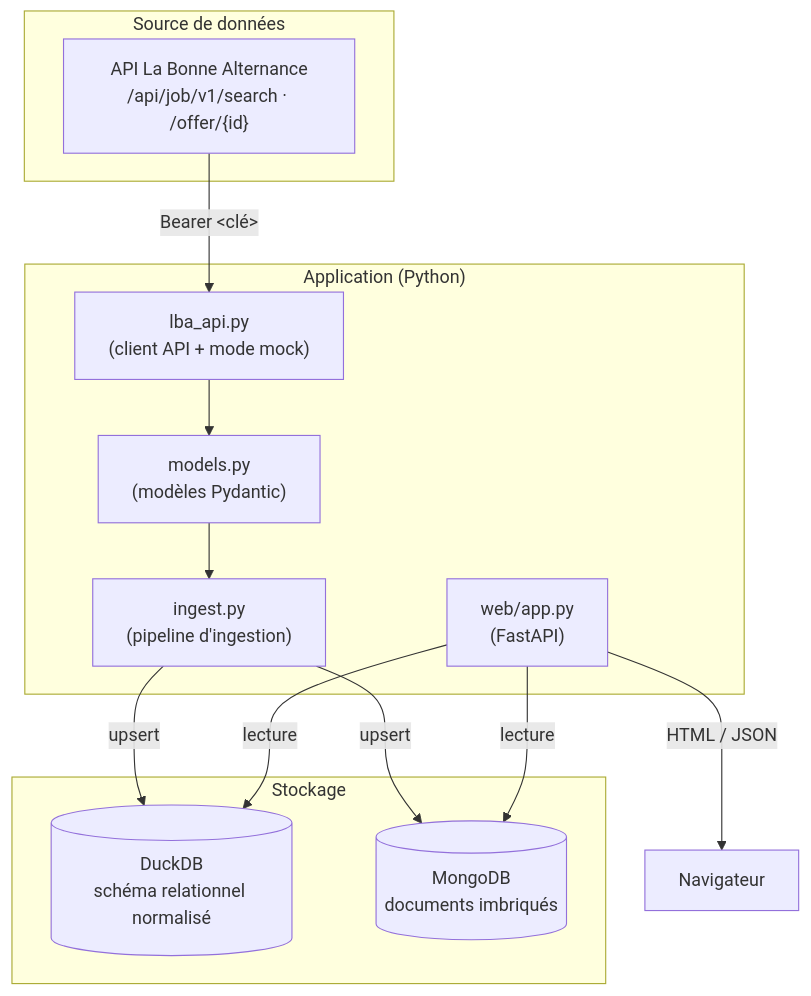
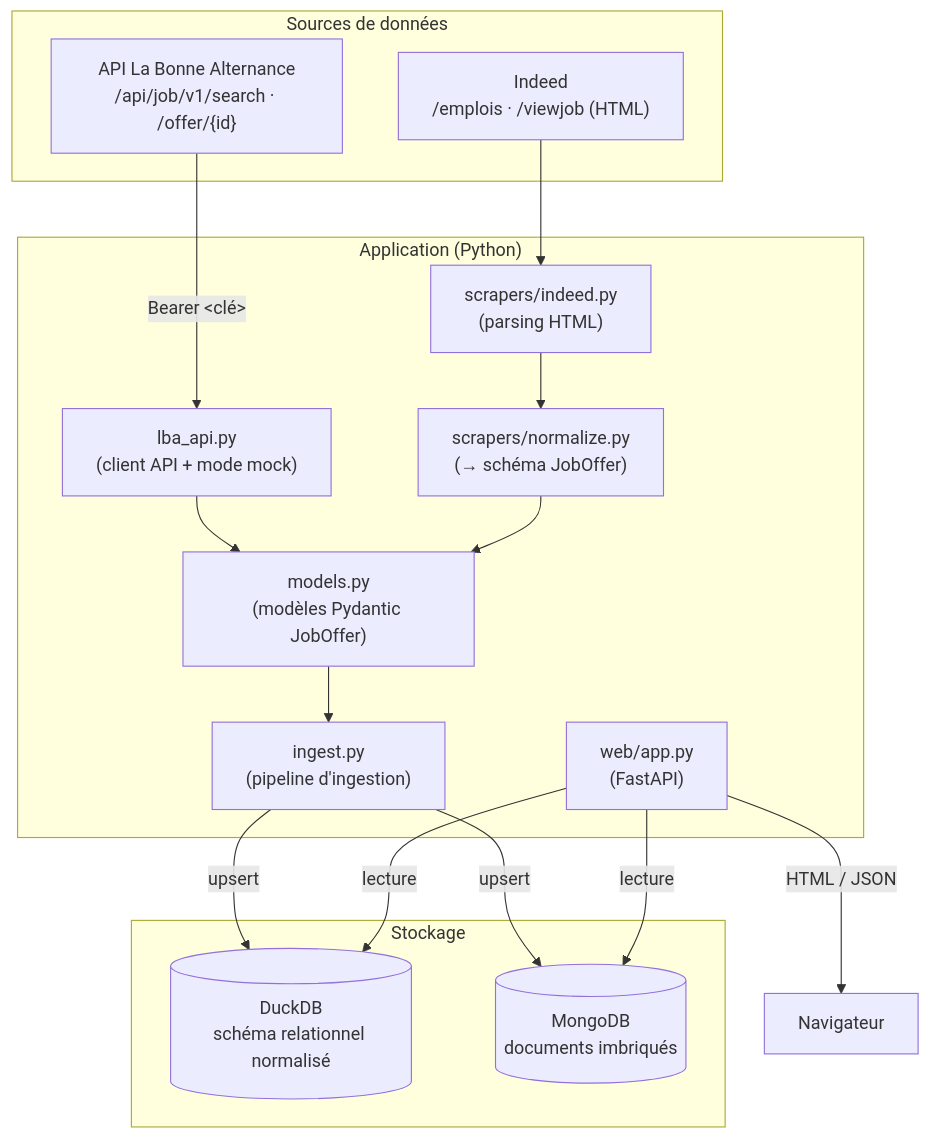
The diagram in docs/architecture/architecture.md (stefdev35/alternance), drawn with Mermaid before and after one commit. The commit also changed other lines of this file and 18 other files, not shown here.

First line of the commit message:
Scraping Indeed : source supplémentaire normalisée vers le schéma JobOffer

````diff
--- a/docs/architecture/architecture.md
+++ b/docs/architecture/architecture.md
@@ -18,27 +19,33 @@
 ```mermaid
 flowchart TB
-    subgraph Source["Source de données"]
+    subgraph Source["Sources de données"]
         API["API La Bonne Alternance<br/>/api/job/v1/search · /offer/{id}"]
+        IND["Indeed<br/>/emplois · /viewjob (HTML)"]
     end
 
     subgraph App["Application (Python)"]
+        LBA["lba_api.py<br/>(client API + mode mock)"]
+        SCR["scrapers/indeed.py<br/>(parsing HTML)"]
+        NORM["scrapers/normalize.py<br/>(→ schéma JobOffer)"]
+        MOD["models.py<br/>(modèles Pydantic JobOffer)"]
         CLI["ingest.py<br/>(pipeline d'ingestion)"]
-        LBA["lba_api.py<br/>(client API + mode mock)"]
-        MOD["models.py<br/>(modèles Pydantic)"]
         WEB["web/app.py<br/>(FastAPI)"]
     end
 
     subgraph Stockage["Stockage"]
         DUCK[("DuckDB<br/>schéma relationnel normalisé")]
         MONGO[("MongoDB<br/>documents imbriqués")]
     end
 
     API -->|"Bearer &lt;clé&gt;"| LBA
+    IND --> SCR
+    SCR --> NORM
     LBA --> MOD
+    NORM --> MOD
     MOD --> CLI
     CLI -->|"upsert"| DUCK
     CLI -->|"upsert"| MONGO
     WEB -->|"lecture"| DUCK
     WEB -->|"lecture"| MONGO
     WEB -->|"HTML / JSON"| NAV["Navigateur"]
 ```
````
